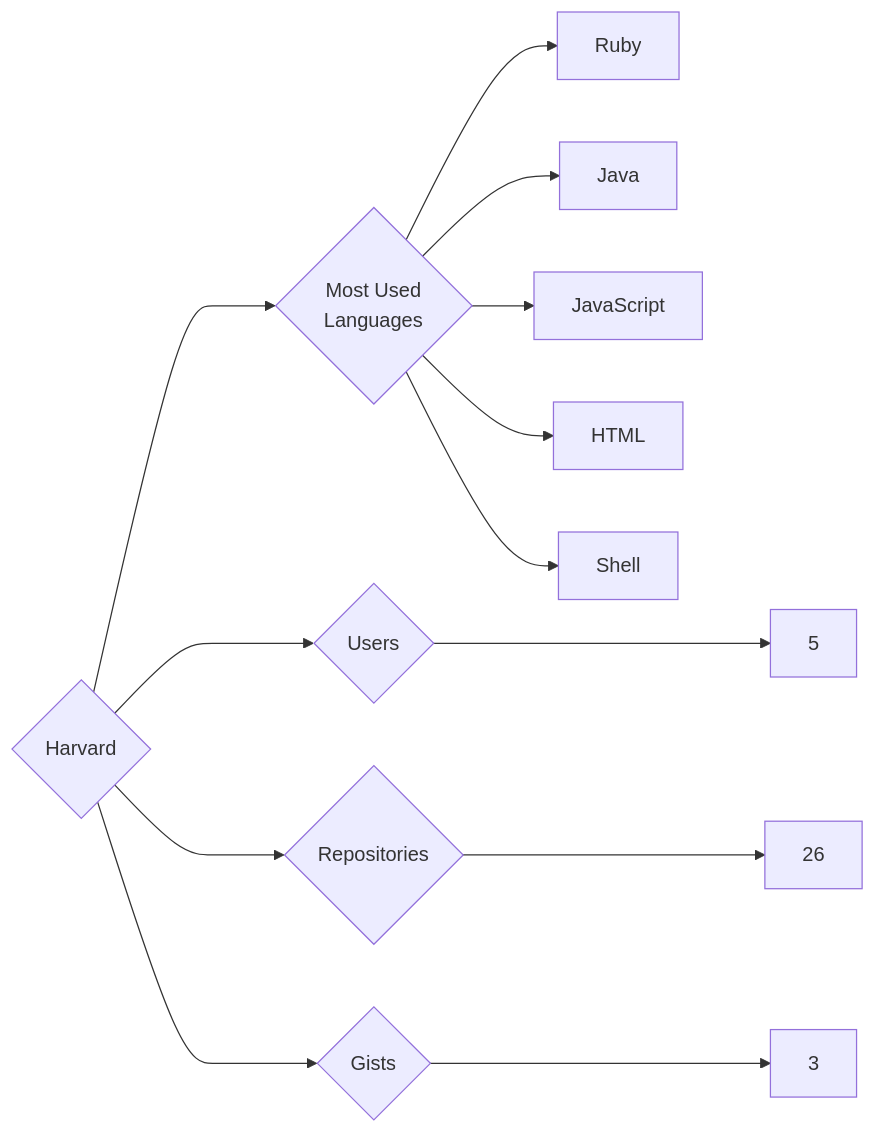
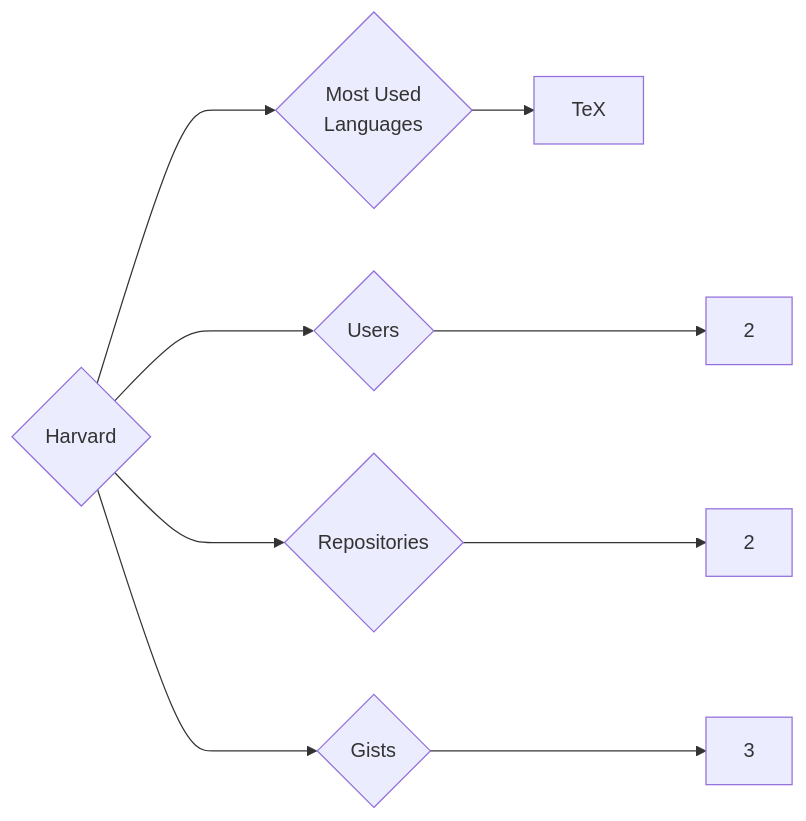
One commit to trickest/insiders changed the diagram in targets/Harvard/README.md. Above: the diagram before and after it, drawn with Mermaid. The commit also changed 1123 other files, not shown here.

````diff
--- a/targets/Harvard/README.md
+++ b/targets/Harvard/README.md
@@ -3,13 +3,9 @@
 ```mermaid
 graph LR
 COMPANY_NAME{Harvard}
-COMPANY_NAME ---> U{Users} ---> UN[5]
-COMPANY_NAME ---> R{Repositories} ---> RN[26]
+COMPANY_NAME ---> U{Users} ---> UN[2]
+COMPANY_NAME ---> R{Repositories} ---> RN[2]
 COMPANY_NAME ---> G{Gists} ---> GN[3]
 COMPANY_NAME ---> ML{Most Used<br>Languages}
-ML --> Ruby[Ruby]
-ML --> Java[Java]
-ML --> JavaScript[JavaScript]
-ML --> HTML[HTML]
-ML --> Shell[Shell]
+ML --> TeX[TeX]
 ```
````
